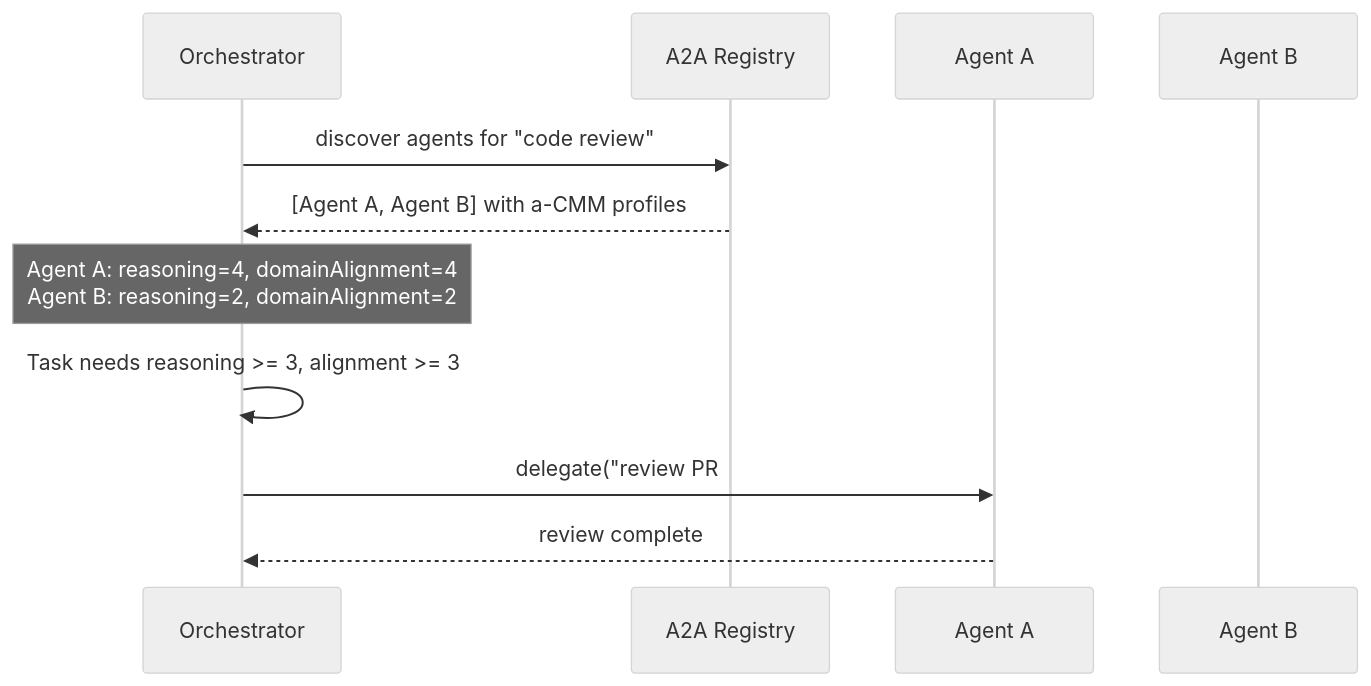
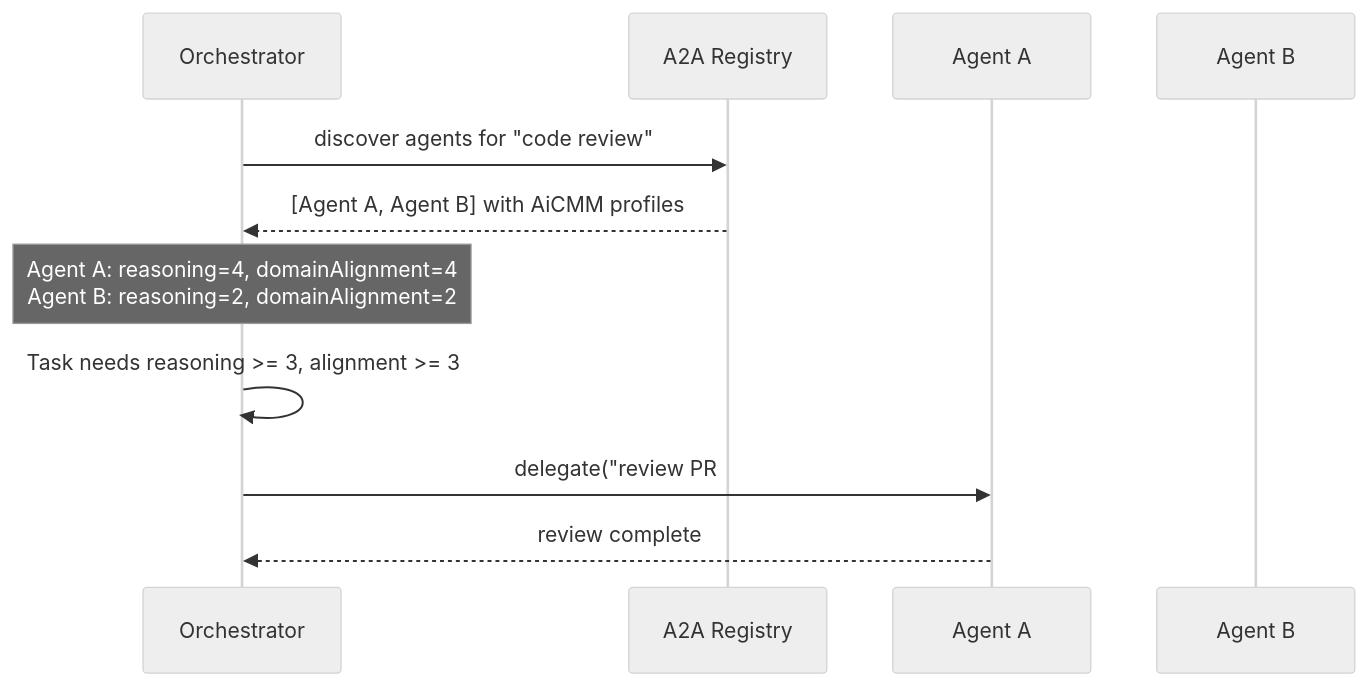
The second of 3 diagrams in docs/standards/integration-guide.md (snchande/Arima-AiCMM), drawn with Mermaid (neutral theme) before and after one commit. The commit also changed other lines of this file and 56 other files, not shown here.

````diff
--- a/docs/standards/integration-guide.md
+++ b/docs/standards/integration-guide.md
@@ -114,16 +114,16 @@
 ```mermaid
 sequenceDiagram
     participant Orchestrator
     participant Registry as A2A Registry
     participant AgentA as Agent A
     participant AgentB as Agent B
 
     Orchestrator->>Registry: discover agents for "code review"
-    Registry-->>Orchestrator: [Agent A, Agent B] with a-CMM profiles
+    Registry-->>Orchestrator: [Agent A, Agent B] with AiCMM profiles
 
     Note over Orchestrator: Agent A: reasoning=4, domainAlignment=4<br/>Agent B: reasoning=2, domainAlignment=2
 
     Orchestrator->>Orchestrator: Task needs reasoning >= 3, alignment >= 3
     Orchestrator->>AgentA: delegate("review PR #42")
     AgentA-->>Orchestrator: review complete
 ```
````
